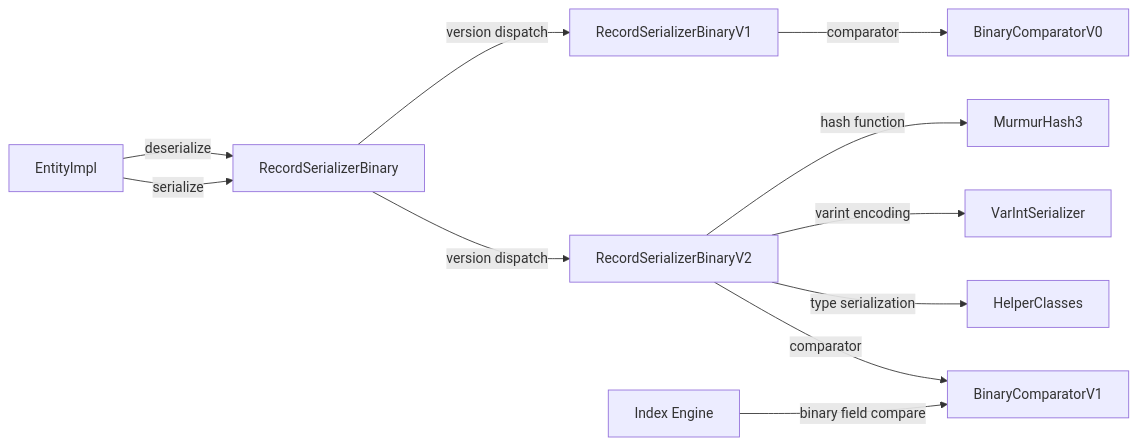
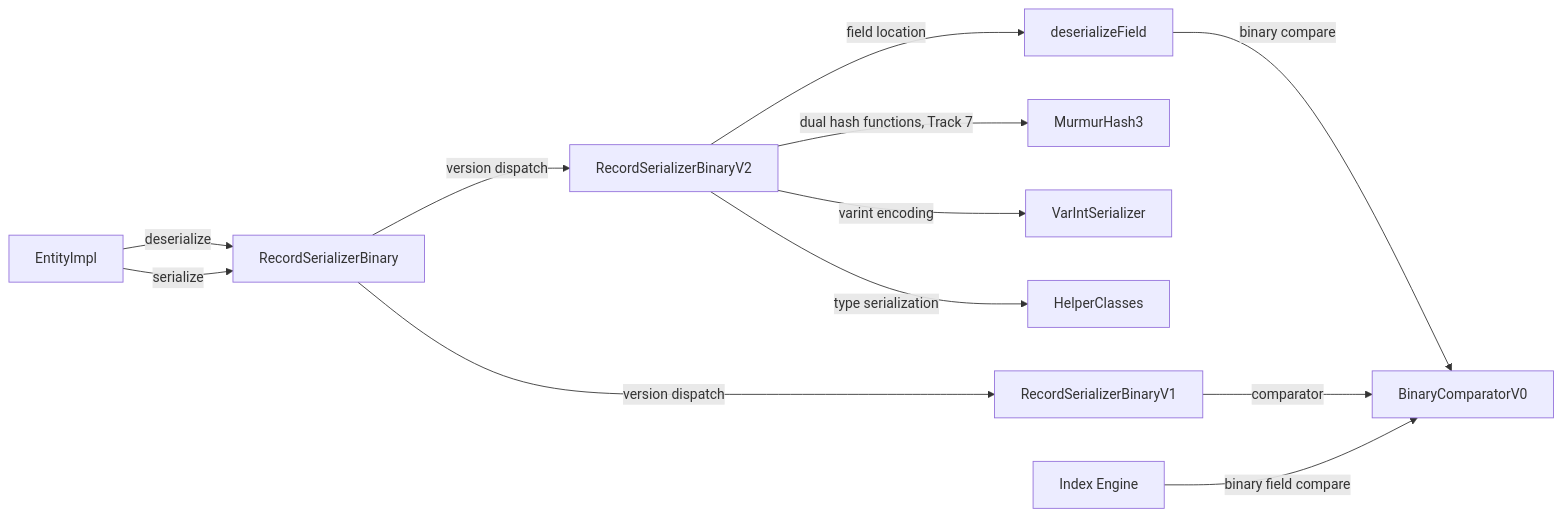
The diagram in docs/adr/ytdb-614-property-map/implementation-plan.md (JetBrains/youtrackdb), drawn with Mermaid before and after one commit. The commit also changed other lines of this file and 4 other files, not shown here.

````diff
--- a/docs/adr/ytdb-614-property-map/implementation-plan.md
+++ b/docs/adr/ytdb-614-property-map/implementation-plan.md
@@ -60,13 +64,14 @@
 ```mermaid
 graph LR
     RSB[RecordSerializerBinary] -->|version dispatch| V1[RecordSerializerBinaryV1]
     RSB -->|version dispatch| V2[RecordSerializerBinaryV2]
-    V2 -->|hash function| MH[MurmurHash3]
+    V2 -->|dual hash functions, Track 7| MH[MurmurHash3]
     V2 -->|varint encoding| VI[VarIntSerializer]
     V2 -->|type serialization| HC[HelperClasses]
-    V2 -->|comparator| BC1[BinaryComparatorV1]
-    V1 -->|comparator| BC0[BinaryComparatorV0]
+    V2 -->|field location| DF[deserializeField]
+    DF -->|binary compare| BC0[BinaryComparatorV0]
+    V1 -->|comparator| BC0
     EI[EntityImpl] -->|deserialize| RSB
     EI -->|serialize| RSB
-    IDX[Index Engine] -->|binary field compare| BC1
+    IDX[Index Engine] -->|binary field compare| BC0
 ```
````
